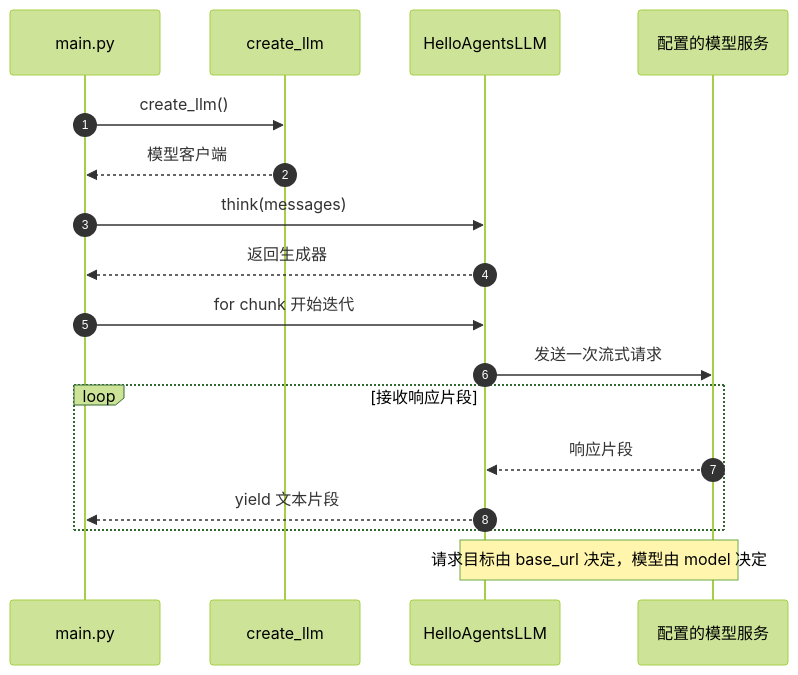
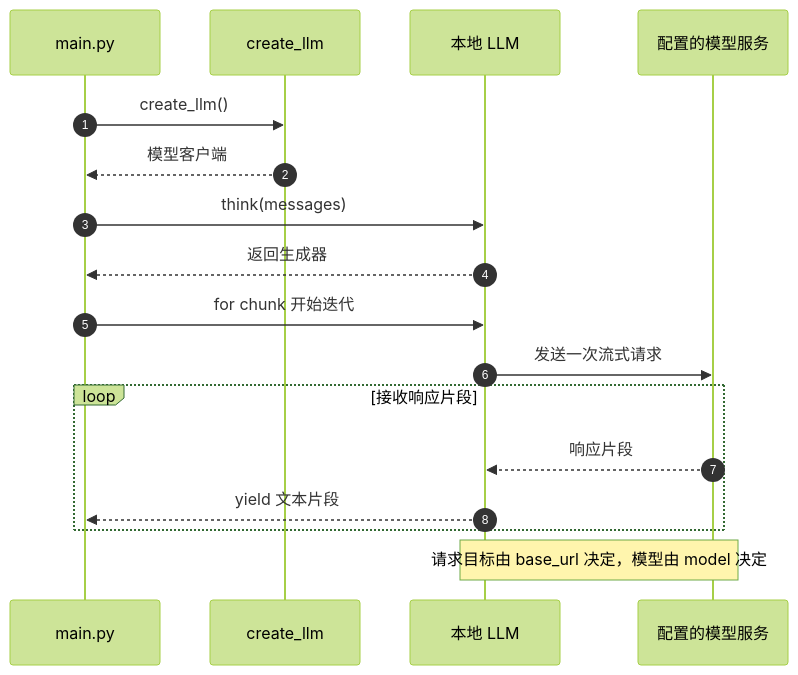
Before and after one commit to SWAlbert-0/agent-practice: the second of 11 diagrams in docs/flows/核心代码流程.md, drawn with Mermaid (forest theme). The commit also changed other lines of this file and 40 other files, not shown here.

````diff
--- a/docs/flows/核心代码流程.md
+++ b/docs/flows/核心代码流程.md
@@ -35,19 +35,19 @@
 ```mermaid
 sequenceDiagram
     autonumber
     participant Main as main.py
     participant Factory as create_llm
-    participant LLM as HelloAgentsLLM
+    participant LLM as 本地 LLM
     participant API as 配置的模型服务
     Main->>Factory: create_llm()
     Factory-->>Main: 模型客户端
     Main->>LLM: think(messages)
     LLM-->>Main: 返回生成器
     Main->>LLM: for chunk 开始迭代
     LLM->>API: 发送一次流式请求
     loop 接收响应片段
         API-->>LLM: 响应片段
         LLM-->>Main: yield 文本片段
     end
     Note over LLM,API: 请求目标由 base_url 决定，模型由 model 决定
 ```
````
